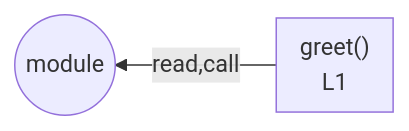
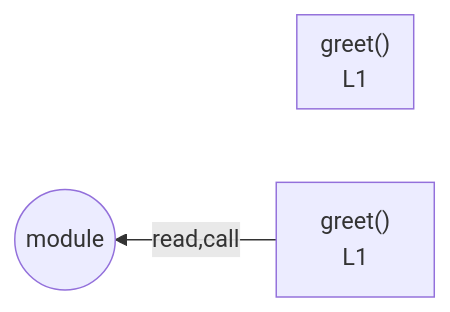
One commit to crescware/unsnarl changed the diagram in integration/fixtures/minimal-function/preview.md. Above: the diagram before and after it, drawn with Mermaid. The commit also changed 28 other files, not shown here.

First line of the commit message:
feat(visual-graph): always emit a node for the function's name

````diff
--- a/integration/fixtures/minimal-function/preview.md
+++ b/integration/fixtures/minimal-function/preview.md
@@ -14,8 +14,9 @@
 ```mermaid
 flowchart RL
-  subgraph n_scope_0_greet_9["greet()<br/>L1"]
+  n_scope_0_greet_9["greet()<br/>L1"]
+  subgraph s_scope_1["greet()<br/>L1"]
     direction RL
   end
   n_scope_0_greet_9 -->|read,call| module_root
   module_root((module))
 ```
````
